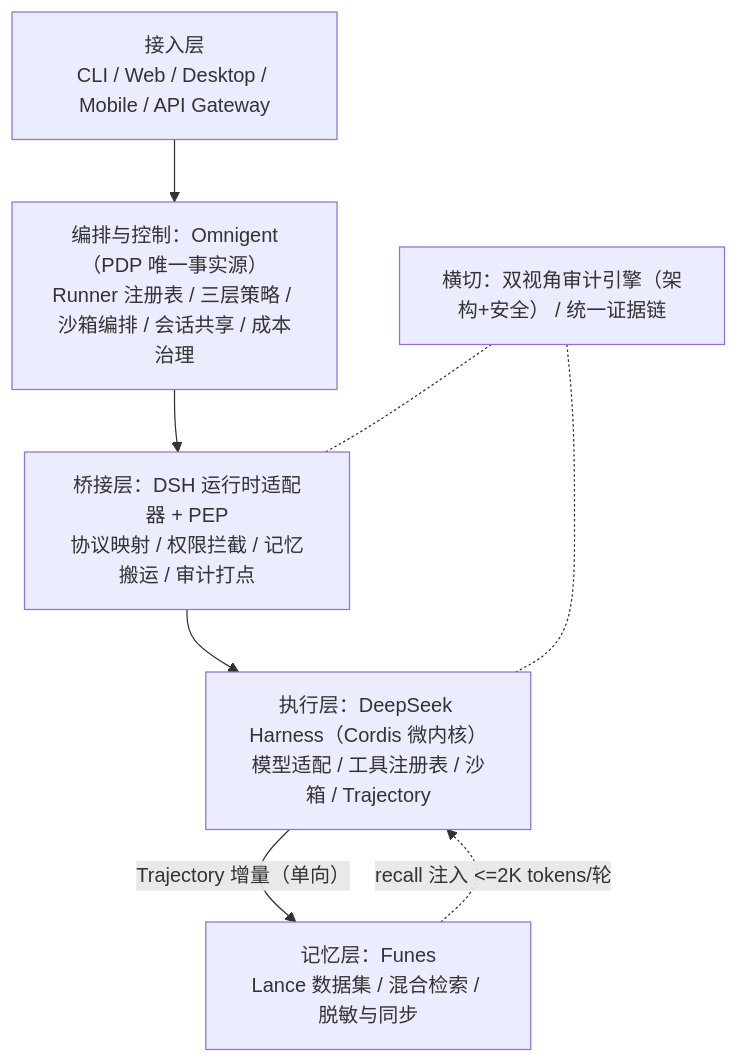
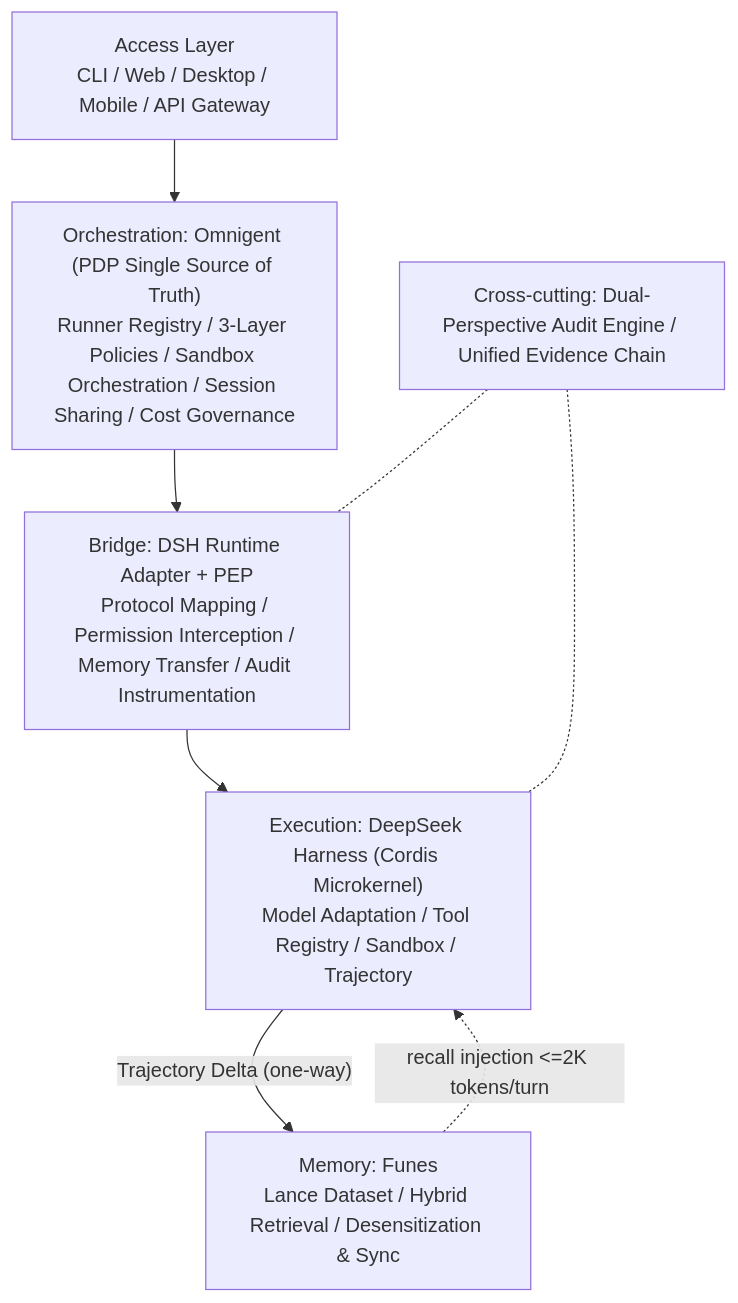
One commit to OrvilleZhao/Nexus changed the diagram in README.md. Above: the diagram before and after it, drawn with Mermaid. The commit also changed other lines of this file and 1 other file, not shown here.

````diff
--- a/README.md
+++ b/README.md
@@ -62,16 +64,16 @@
 ```mermaid
 flowchart TB
-    UI["接入层<br/>CLI / Web / Desktop / Mobile / API Gateway"]
-    O["编排与控制：Omnigent（PDP 唯一事实源）<br/>Runner 注册表 / 三层策略 / 沙箱编排 / 会话共享 / 成本治理"]
-    B["桥接层：DSH 运行时适配器 + PEP<br/>协议映射 / 权限拦截 / 记忆搬运 / 审计打点"]
-    D["执行层：DeepSeek Harness（Cordis 微内核）<br/>模型适配 / 工具注册表 / 沙箱 / Trajectory"]
-    F["记忆层：Funes<br/>Lance 数据集 / 混合检索 / 脱敏与同步"]
-    X["横切：双视角审计引擎（架构+安全） / 统一证据链"]
+    UI["Access Layer<br/>CLI / Web / Desktop / Mobile / API Gateway"]
+    O["Orchestration: Omnigent (PDP Single Source of Truth)<br/>Runner Registry / 3-Layer Policies / Sandbox Orchestration / Session Sharing / Cost Governance"]
+    B["Bridge: DSH Runtime Adapter + PEP<br/>Protocol Mapping / Permission Interception / Memory Transfer / Audit Instrumentation"]
+    D["Execution: DeepSeek Harness (Cordis Microkernel)<br/>Model Adaptation / Tool Registry / Sandbox / Trajectory"]
+    F["Memory: Funes<br/>Lance Dataset / Hybrid Retrieval / Desensitization & Sync"]
+    X["Cross-cutting: Dual-Perspective Audit Engine / Unified Evidence Chain"]
     UI --> O
     O --> B
     B --> D
-    D -->|"Trajectory 增量（单向）"| F
-    F -.->|"recall 注入 <=2K tokens/轮"| D
+    D -->|"Trajectory Delta (one-way)"| F
+    F -.->|"recall injection <=2K tokens/turn"| D
     X -.- B
     X -.- D
 ```
````
